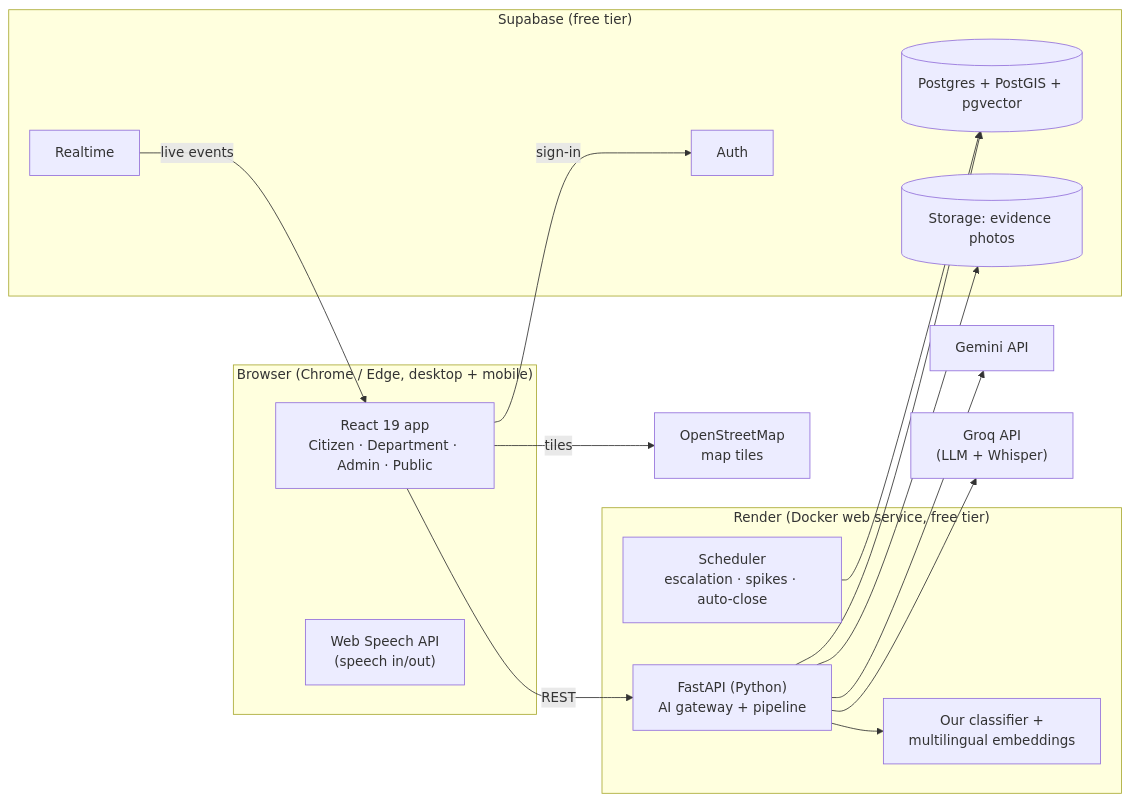
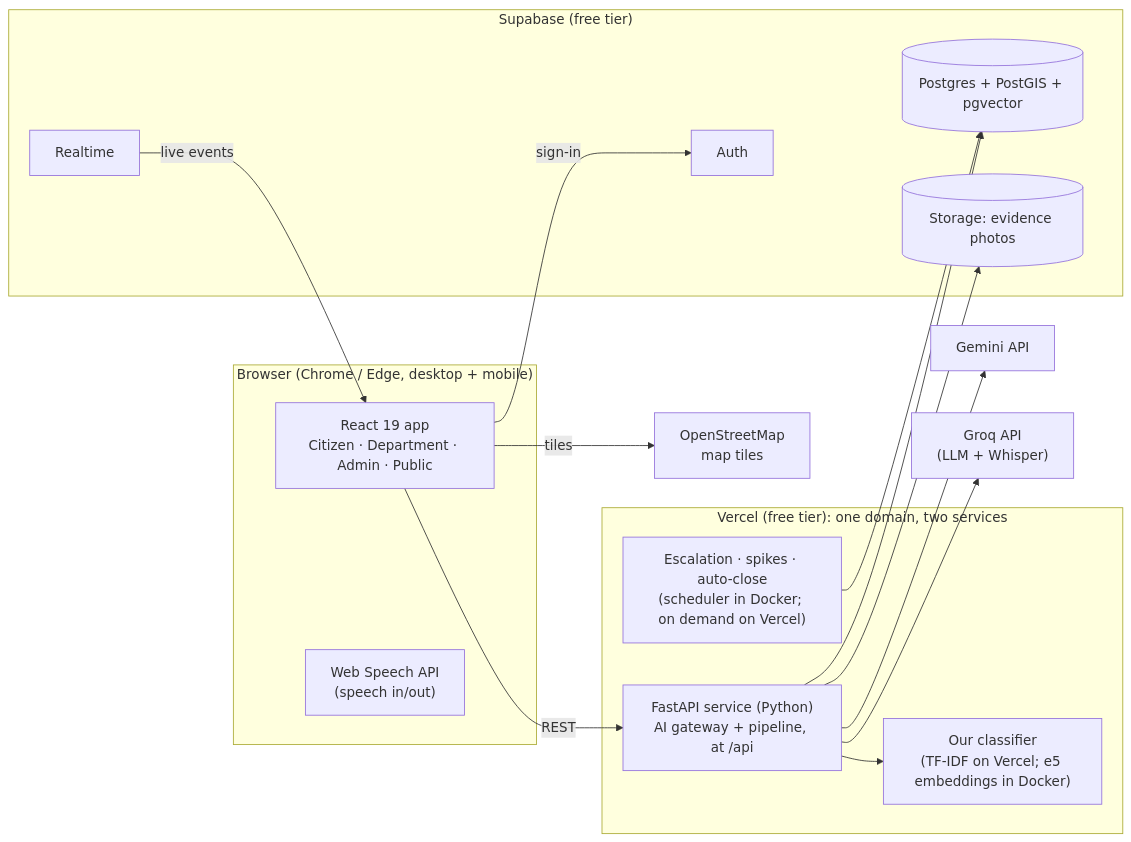
Before and after one commit to Vidur-2007/JanaVaani: the second of 2 diagrams in README.md, drawn with Mermaid. The commit also changed other lines of this file, not shown here.

Commit message:
docs(readme): live demo and API docs on jana-vaani.vercel.app; hosting, architecture and limits for the Vercel deployment

````diff
--- a/README.md
+++ b/README.md
@@ -294,32 +294,32 @@
 ```mermaid
 flowchart LR
     subgraph Browser["Browser (Chrome / Edge, desktop + mobile)"]
         W["React 19 app<br/>Citizen · Department · Admin · Public"]
         SP["Web Speech API<br/>(speech in/out)"]
     end
-    subgraph RD["Render (Docker web service, free tier)"]
-        API["FastAPI (Python)<br/>AI gateway + pipeline"]
-        ML["Our classifier +<br/>multilingual embeddings"]
-        JOB["Scheduler<br/>escalation · spikes · auto-close"]
+    subgraph VC["Vercel (free tier): one domain, two services"]
+        API["FastAPI service (Python)<br/>AI gateway + pipeline, at /api"]
+        ML["Our classifier<br/>(TF-IDF on Vercel; e5 embeddings in Docker)"]
+        JOB["Escalation · spikes · auto-close<br/>(scheduler in Docker; on demand on Vercel)"]
     end
     subgraph SB["Supabase (free tier)"]
         DB[("Postgres + PostGIS + pgvector")]
         ST[("Storage: evidence photos")]
         AU["Auth"]
         RT["Realtime"]
     end
     GEM["Gemini API"]
     GRQ["Groq API<br/>(LLM + Whisper)"]
     OSM["OpenStreetMap<br/>map tiles"]
 
     W -- REST --> API
     W -- sign-in --> AU
     W -- tiles --> OSM
     RT -- live events --> W
     API --> ML
     API --> DB
     API --> ST
     API --> GEM
     API --> GRQ
     JOB --> DB
 ```
````
